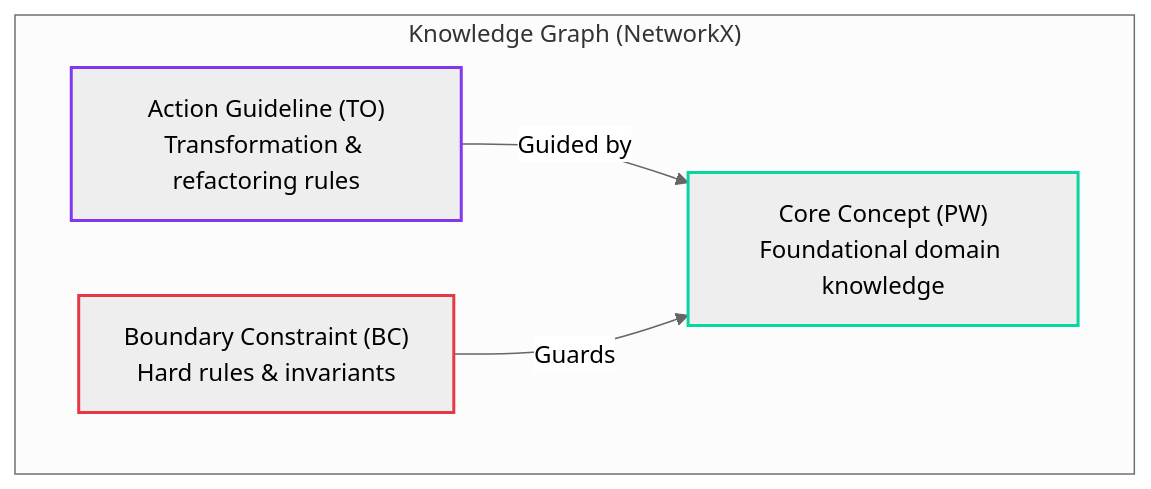
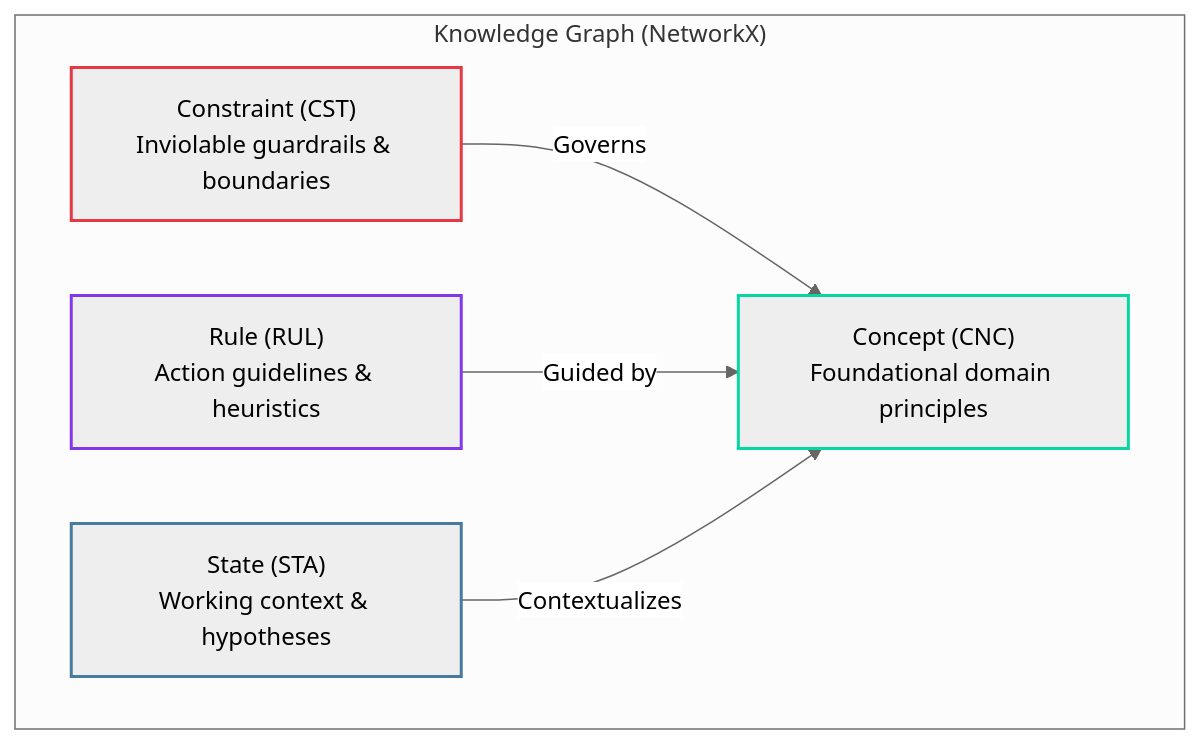
The second of 3 diagrams in content/axioms/theory.md (ghosoya/exocortex-garden), drawn with Mermaid (neutral theme) before and after one commit. The commit also changed other lines of this file and 1 other file, not shown here.

````diff
--- a/content/axioms/theory.md
+++ b/content/axioms/theory.md
@@ -73,16 +73,19 @@
 ```mermaid
 graph TD
     subgraph GRAPH ["Knowledge Graph (NetworkX)"]
-        BC["Boundary Constraint (BC)<br/>Hard rules & invariants"]
-        TO["Action Guideline (TO)<br/>Transformation & refactoring rules"]
-        PW["Core Concept (PW)<br/>Foundational domain knowledge"]
+        CST["Constraint (CST)<br/>Inviolable guardrails & boundaries"]
+        CNC["Concept (CNC)<br/>Foundational domain principles"]
+        RUL["Rule (RUL)<br/>Action guidelines & heuristics"]
+        STA["State (STA)<br/>Working context & hypotheses"]
         
-        TO -->|Guided by| PW
-        BC -->|Guards| PW
+        CST -->|Governs| CNC
+        RUL -->|Guided by| CNC
+        STA -->|Contextualizes| CNC
     end
     
-    style BC stroke:#e63946,stroke-width:2px
-    style PW stroke:#06d6a0,stroke-width:2px
-    style TO stroke:#8338ec,stroke-width:2px
+    style CST stroke:#e63946,stroke-width:2px
+    style CNC stroke:#06d6a0,stroke-width:2px
+    style RUL stroke:#8338ec,stroke-width:2px
+    style STA stroke:#457b9d,stroke-width:2px
 
 ```
````
